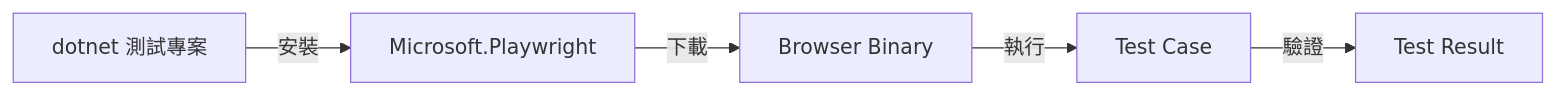
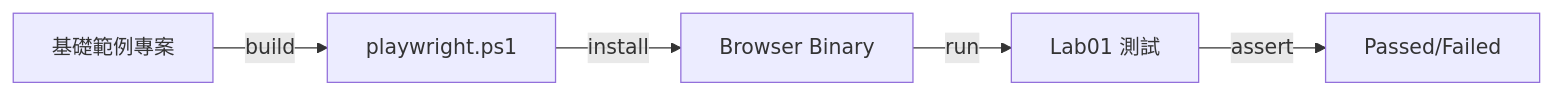
One commit to Ting-s515/Playwright-training changed the second of 2 diagrams in docs/01-first-csharp-playwright-test.md. Above: the diagram before and after it, drawn with Mermaid. The commit also changed other lines of this file and 21 other files, not shown here.

````diff
--- a/docs/01-first-csharp-playwright-test.md
+++ b/docs/01-first-csharp-playwright-test.md
@@ -161,7 +115,7 @@
 ```mermaid
 flowchart LR
-    A[dotnet 測試專案] -- 安裝 --> B[Microsoft.Playwright]
-    B -- 下載 --> C[Browser Binary]
-    C -- 執行 --> D[Test Case]
-    D -- 驗證 --> E[Test Result]
+    A[基礎範例專案] -- build --> B[playwright.ps1]
+    B -- install --> C[Browser Binary]
+    C -- run --> D[Lab01 測試]
+    D -- assert --> E[Passed/Failed]
 ```
````
